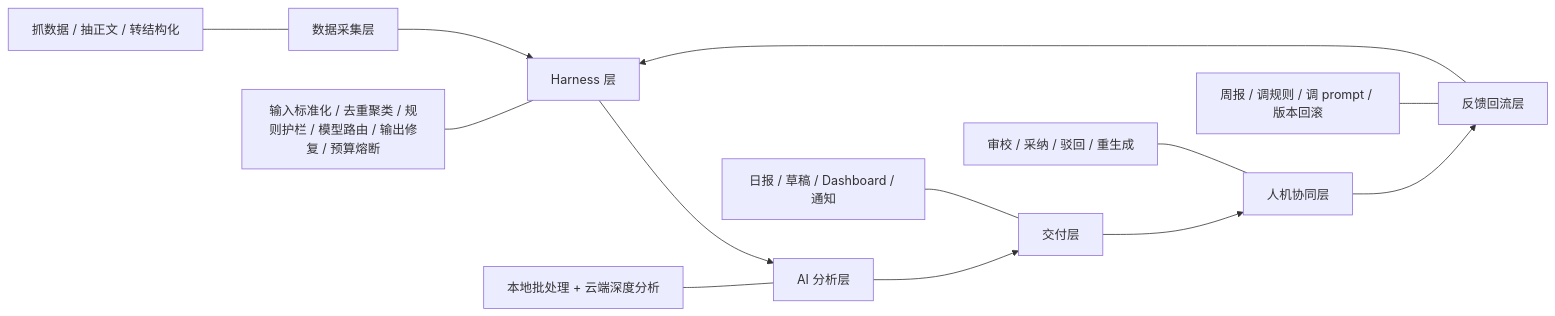
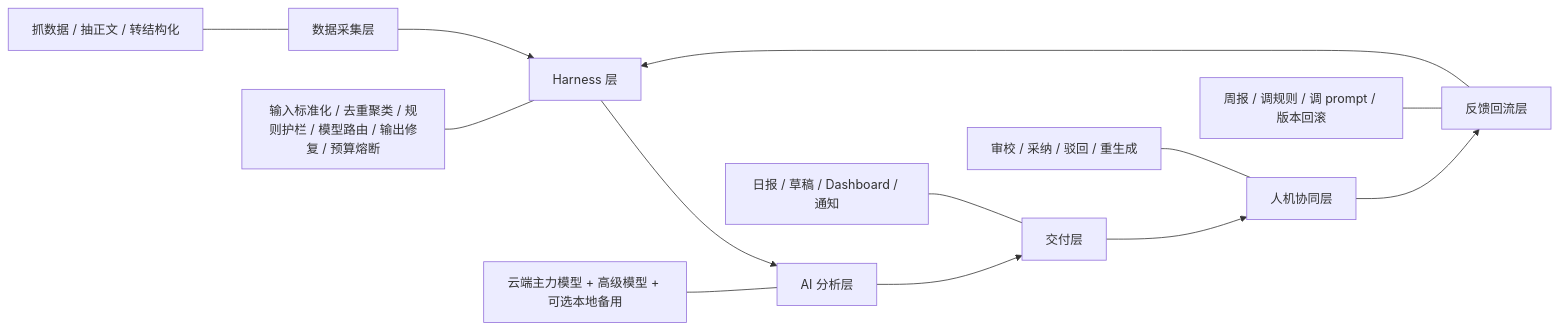
One commit to leeliu2580-ui/YMOS changed the second of 9 diagrams in docs/superpowers/plans/2026-03-30-finance-media-research-automation-diagrams.md. Above: the diagram before and after it, drawn with Mermaid. The commit also changed other lines of this file and 6 other files, not shown here.

````diff
--- a/docs/superpowers/plans/2026-03-30-finance-media-research-automation-diagrams.md
+++ b/docs/superpowers/plans/2026-03-30-finance-media-research-automation-diagrams.md
@@ -108,16 +108,16 @@
 ```mermaid
 flowchart LR
     A[数据采集层] --> B[Harness 层]
     B --> C[AI 分析层]
     C --> D[交付层]
     D --> E[人机协同层]
     E --> F[反馈回流层]
     F --> B
 
     A1[抓数据 / 抽正文 / 转结构化] --- A
     B1[输入标准化 / 去重聚类 / 规则护栏 / 模型路由 / 输出修复 / 预算熔断] --- B
-    C1[本地批处理 + 云端深度分析] --- C
+    C1[云端主力模型 + 高级模型 + 可选本地备用] --- C
     D1[日报 / 草稿 / Dashboard / 通知] --- D
     E1[审校 / 采纳 / 驳回 / 重生成] --- E
     F1[周报 / 调规则 / 调 prompt / 版本回滚] --- F
 ```
````
